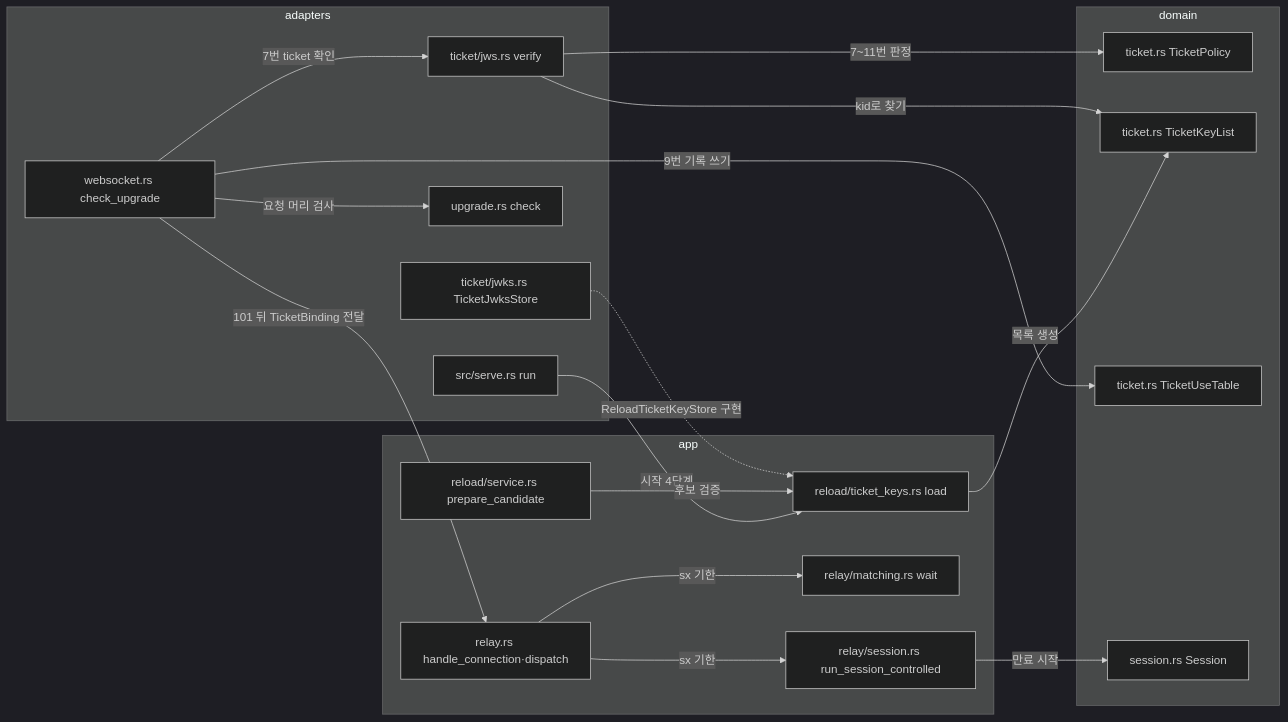
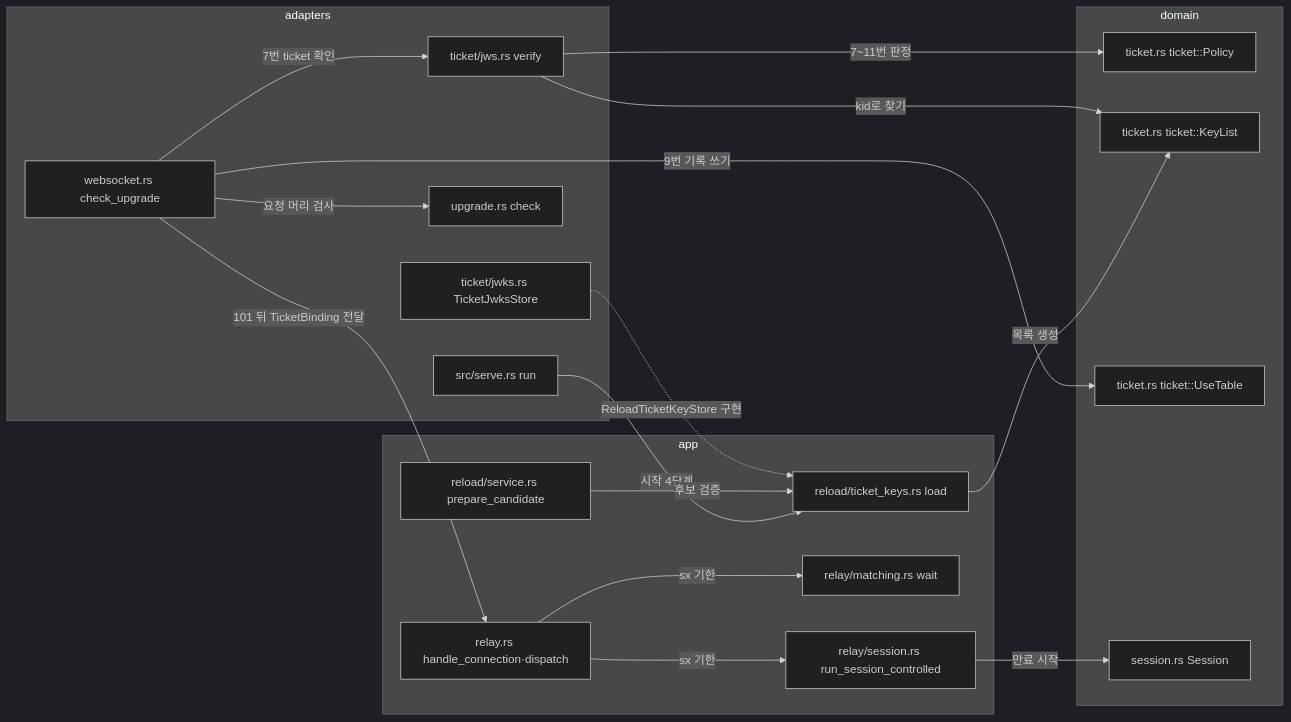
One commit to kayden-kim/vnc-relay changed the diagram in docs/architectures/relay-access-ticket.md. Above: the diagram before and after it, drawn with Mermaid (dark theme). The commit also changed other lines of this file and 203 other files, not shown here.

````diff
--- a/docs/architectures/relay-access-ticket.md
+++ b/docs/architectures/relay-access-ticket.md
@@ -36,36 +36,36 @@
 ```mermaid
 flowchart LR
     subgraph adapters
         SERVE["src/serve.rs run"]
         JWKS["ticket/jwks.rs TicketJwksStore"]
         WS["websocket.rs check_upgrade"]
         UP["upgrade.rs check"]
         JWS["ticket/jws.rs verify"]
     end
     subgraph app
         LOAD["reload/ticket_keys.rs load"]
         RELOAD["reload/service.rs prepare_candidate"]
         RELAY["relay.rs handle_connection·dispatch"]
         WAIT["relay/matching.rs wait"]
         SES["relay/session.rs run_session_controlled"]
     end
     subgraph domain
-        POL["ticket.rs TicketPolicy"]
-        KEYS["ticket.rs TicketKeyList"]
-        USE["ticket.rs TicketUseTable"]
+        POL["ticket.rs ticket::Policy"]
+        KEYS["ticket.rs ticket::KeyList"]
+        USE["ticket.rs ticket::UseTable"]
         SESSION["session.rs Session"]
     end
     SERVE -->|"시작 4단계"| LOAD
     RELOAD -->|"후보 검증"| LOAD
     JWKS -.->|"ReloadTicketKeyStore 구현"| LOAD
     LOAD -->|"목록 생성"| KEYS
     WS -->|"요청 머리 검사"| UP
     WS -->|"7번 ticket 확인"| JWS
     JWS -->|"kid로 찾기"| KEYS
     JWS -->|"7~11번 판정"| POL
     WS -->|"9번 기록 쓰기"| USE
     WS -->|"101 뒤 TicketBinding 전달"| RELAY
     RELAY -->|"sx 기한"| WAIT
     RELAY -->|"sx 기한"| SES
     SES -->|"만료 시작"| SESSION
 ```
````
